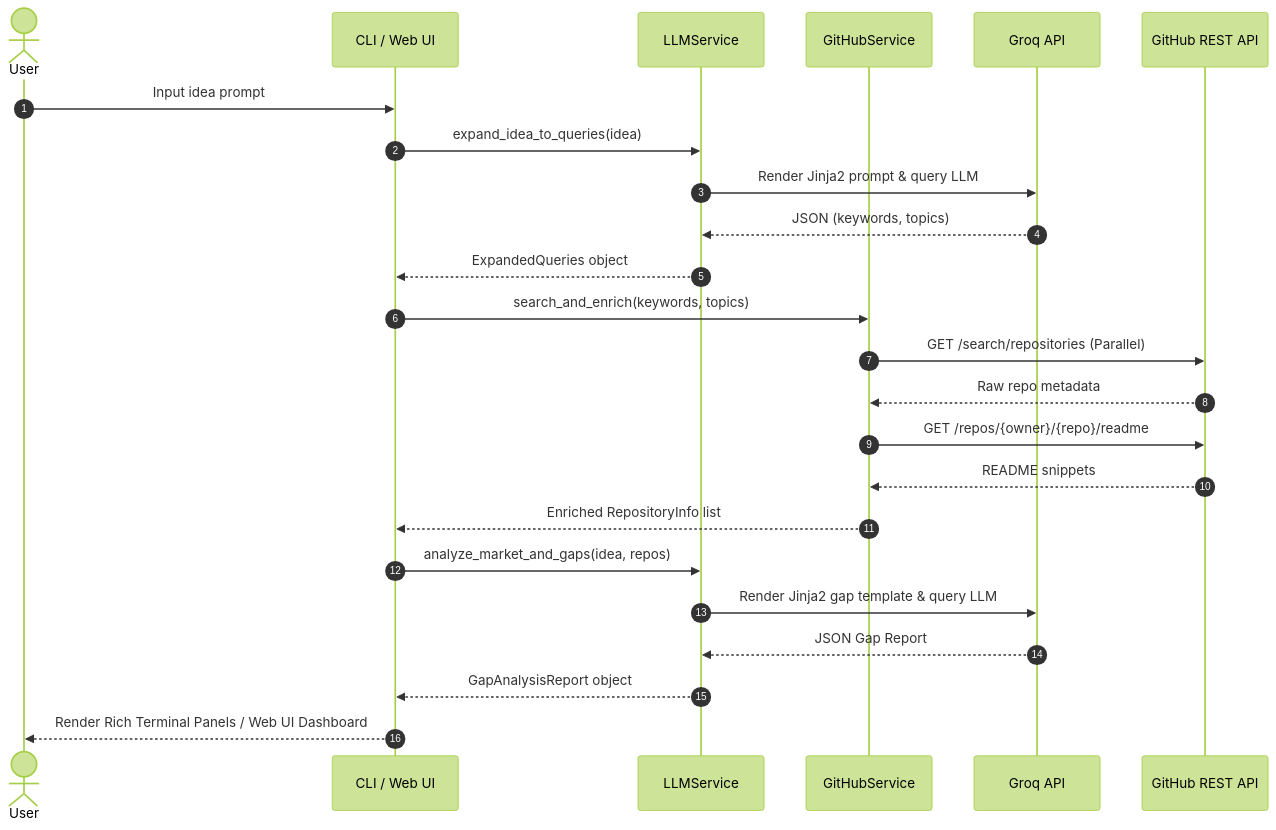
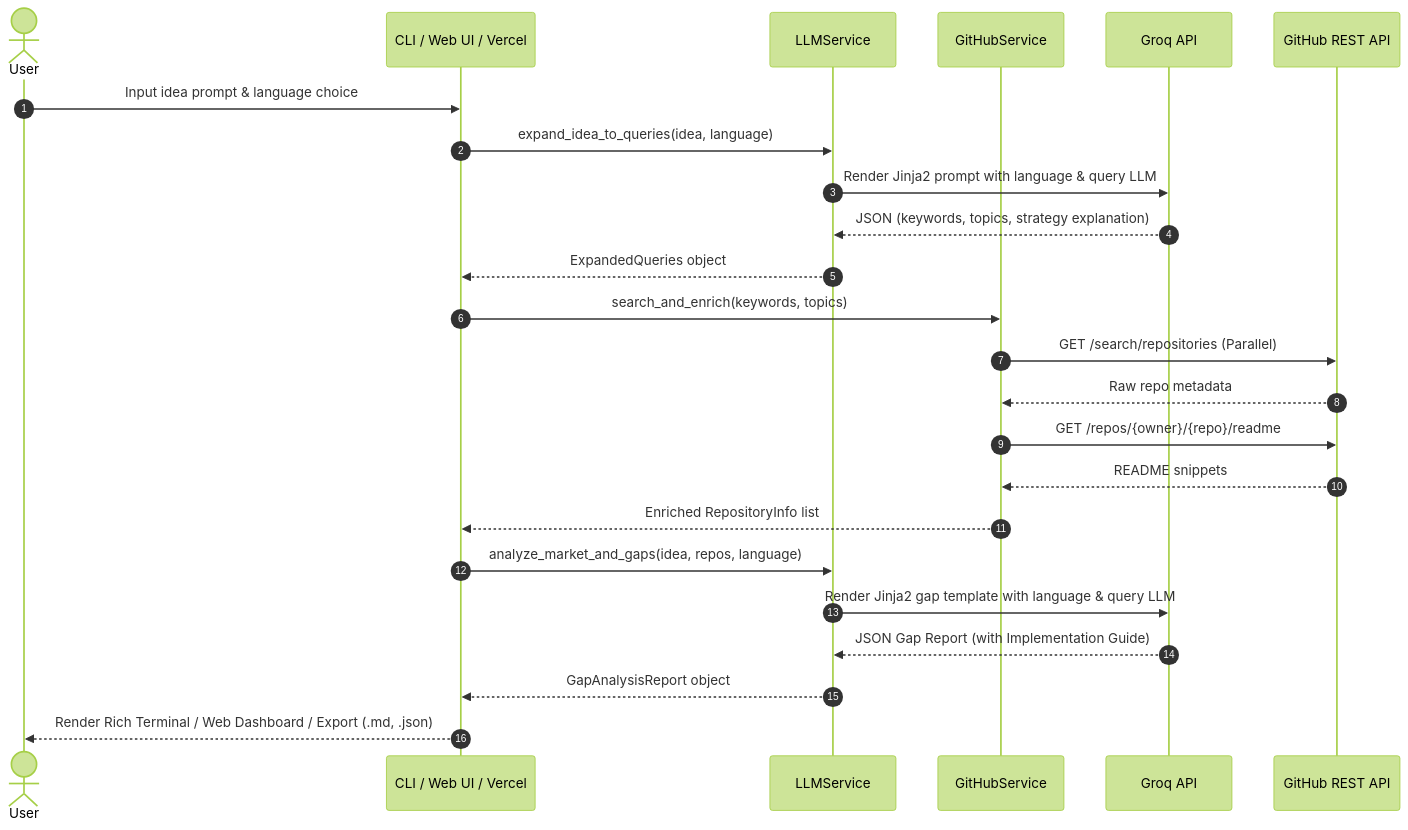
One commit to AtaCanYmc/GitRadar changed the second of 2 diagrams in ARCHITECTURE.md. Above: the diagram before and after it, drawn with Mermaid (forest theme). The commit also changed other lines of this file and 18 other files, not shown here.

Commit message:
feat: add Vercel deployment configuration and enhance web demo with language selection and report export features

````diff
--- a/ARCHITECTURE.md
+++ b/ARCHITECTURE.md
@@ -83,29 +97,29 @@
 ```mermaid
 sequenceDiagram
     autonumber
     actor User
-    participant App as CLI / Web UI
+    participant App as CLI / Web UI / Vercel
     participant LLM as LLMService
     participant GH as GitHubService
     participant Groq as Groq API
     participant GHREST as GitHub REST API
 
-    User->>App: Input idea prompt
-    App->>LLM: expand_idea_to_queries(idea)
-    LLM->>Groq: Render Jinja2 prompt & query LLM
-    Groq-->>LLM: JSON (keywords, topics)
+    User->>App: Input idea prompt & language choice
+    App->>LLM: expand_idea_to_queries(idea, language)
+    LLM->>Groq: Render Jinja2 prompt with language & query LLM
+    Groq-->>LLM: JSON (keywords, topics, strategy explanation)
     LLM-->>App: ExpandedQueries object
     
     App->>GH: search_and_enrich(keywords, topics)
     GH->>GHREST: GET /search/repositories (Parallel)
     GHREST-->>GH: Raw repo metadata
     GH->>GHREST: GET /repos/{owner}/{repo}/readme
     GHREST-->>GH: README snippets
     GH-->>App: Enriched RepositoryInfo list
     
-    App->>LLM: analyze_market_and_gaps(idea, repos)
-    LLM->>Groq: Render Jinja2 gap template & query LLM
-    Groq-->>LLM: JSON Gap Report
+    App->>LLM: analyze_market_and_gaps(idea, repos, language)
+    LLM->>Groq: Render Jinja2 gap template with language & query LLM
+    Groq-->>LLM: JSON Gap Report (with Implementation Guide)
     LLM-->>App: GapAnalysisReport object
-    App-->>User: Render Rich Terminal Panels / Web UI Dashboard
+    App-->>User: Render Rich Terminal / Web Dashboard / Export (.md, .json)
 ```
````
